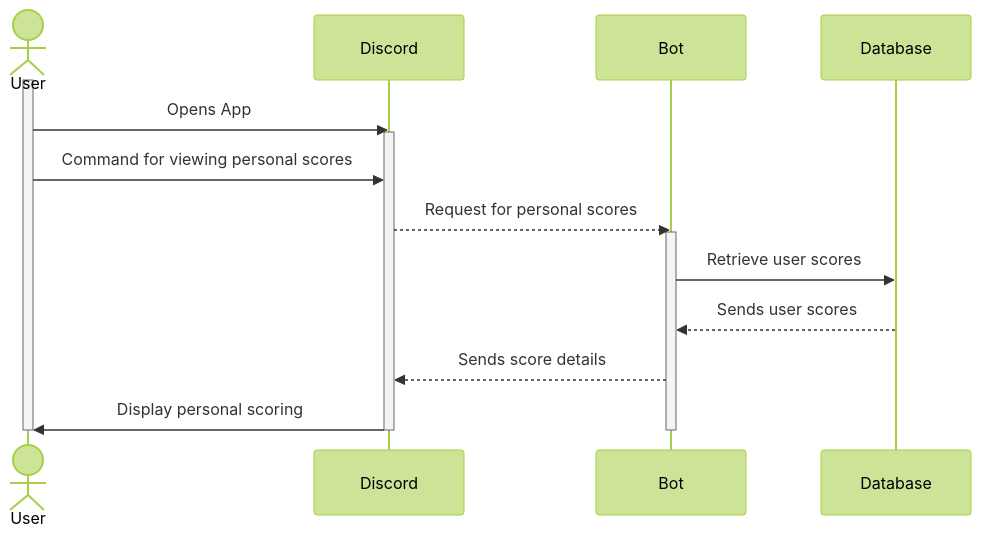
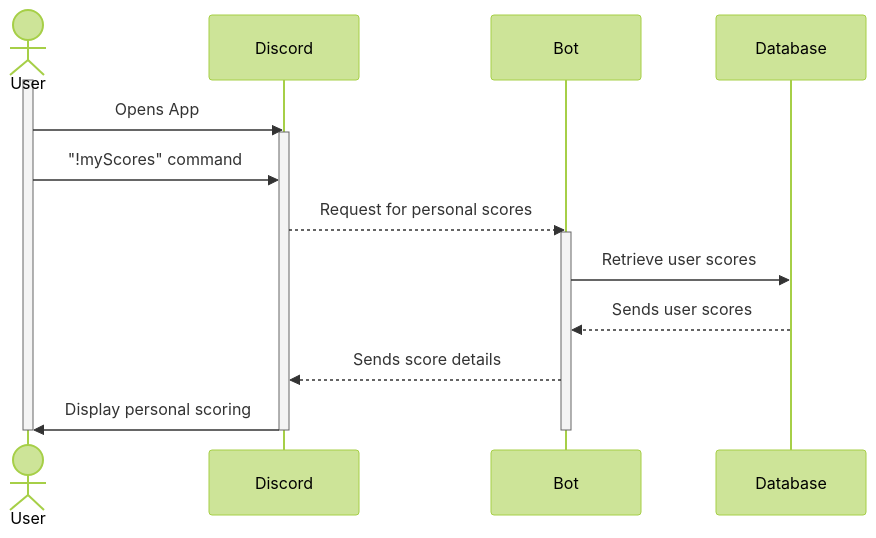
Before and after one commit to Capstone-Projects-2023-Fall/project-language-learning-discord-bot: the fourth of 6 diagrams in documentation/docs/system-architecture/sequence-diagrams.md, drawn with Mermaid (forest theme). The commit also changed other lines of this file, not shown here.

Commit message:
Revised sequence-diagrams.md

````diff
--- a/documentation/docs/system-architecture/sequence-diagrams.md
+++ b/documentation/docs/system-architecture/sequence-diagrams.md
@@ -153,22 +172,22 @@
 ```mermaid
 sequenceDiagram
     actor U as User
     participant D as Discord
     participant B as Bot
     participant DB as Database
     
     activate U
     U->>D: Opens App
     activate D
-    U->>D: Command for viewing personal scores
+    U->>D: "!myScores" command
     D-->>B: Request for personal scores
     activate B
     B->>DB: Retrieve user scores
     DB-->>B: Sends user scores
     B-->>D: Sends score details
     D->>U: Display personal scoring
     deactivate B
     deactivate D
     deactivate U
 
 ```
````
